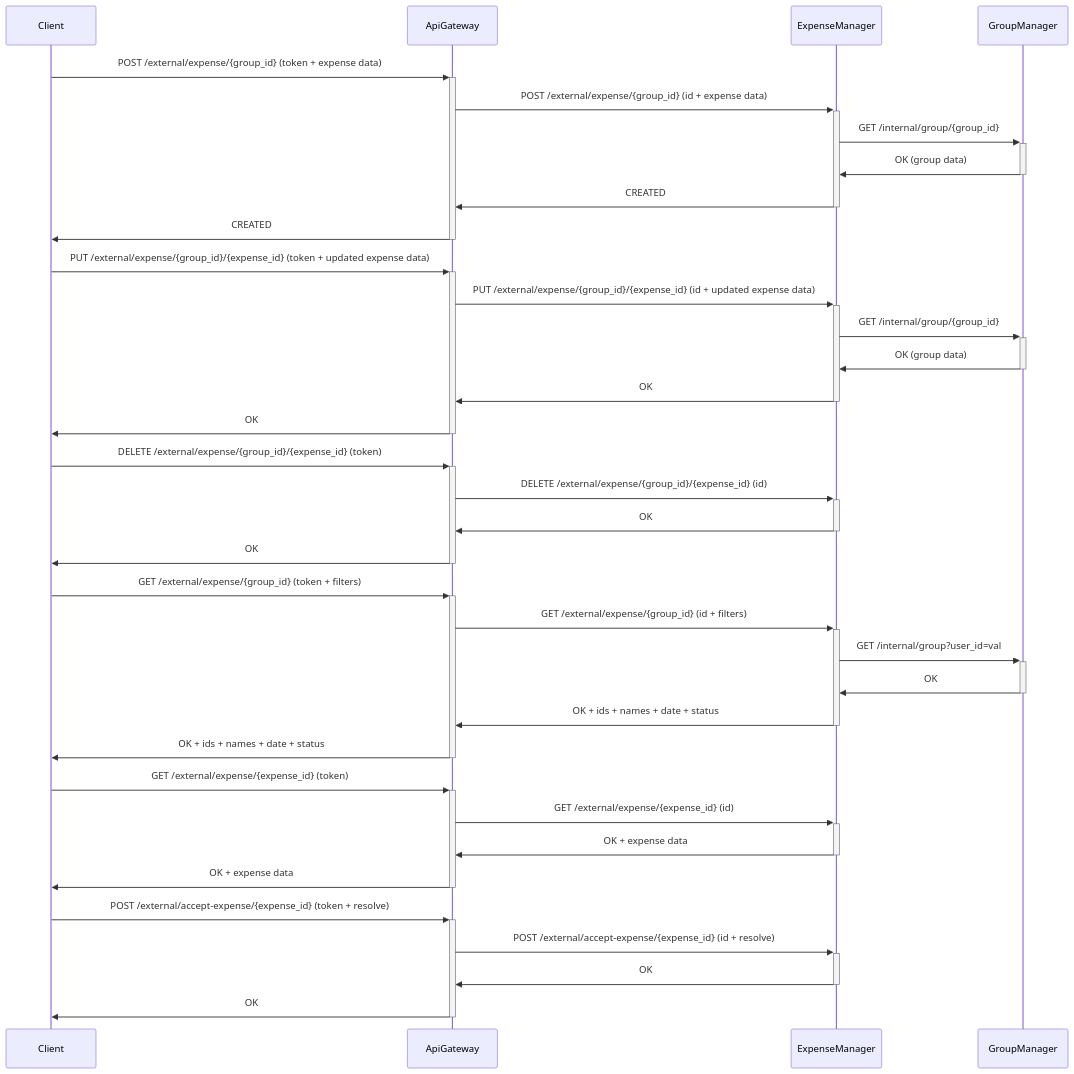
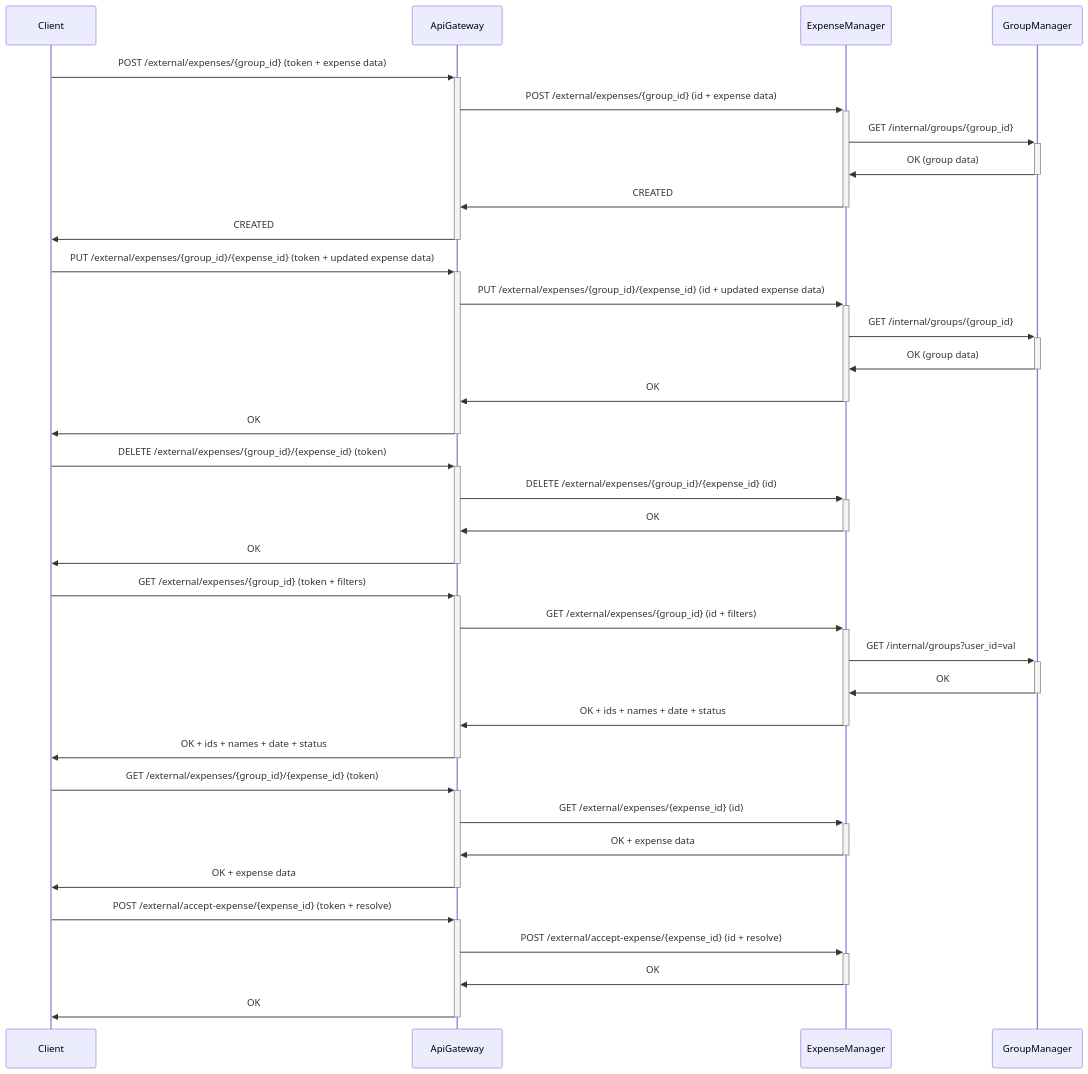
Before and after one commit to Group-Expense-Manager/gem-docs: the fifth of 10 diagrams in docs/diagrams.md, drawn with Mermaid. The commit also changed other lines of this file and 1 other file, not shown here.

Commit message:
added Expense Manager contract

````diff
--- a/docs/diagrams.md
+++ b/docs/diagrams.md
@@ -164,41 +164,41 @@
 ``` mermaid
 sequenceDiagram
 
-Client->>+ApiGateway: POST /external/expense/{group_id} (token + expense data)
-ApiGateway->>+ExpenseManager: POST /external/expense/{group_id} (id + expense data)
-ExpenseManager->>+GroupManager: GET /internal/group/{group_id}
+Client->>+ApiGateway: POST /external/expenses/{group_id} (token + expense data)
+ApiGateway->>+ExpenseManager: POST /external/expenses/{group_id} (id + expense data)
+ExpenseManager->>+GroupManager: GET /internal/groups/{group_id}
 GroupManager->>-ExpenseManager: OK (group data)
 ExpenseManager->>-ApiGateway: CREATED
 ApiGateway->>-Client: CREATED
 
 
-Client->>+ApiGateway: PUT /external/expense/{group_id}/{expense_id} (token + updated expense data)
-ApiGateway->>+ExpenseManager: PUT /external/expense/{group_id}/{expense_id} (id + updated expense data)
-ExpenseManager->>+GroupManager: GET /internal/group/{group_id}
+Client->>+ApiGateway: PUT /external/expenses/{group_id}/{expense_id} (token + updated expense data)
+ApiGateway->>+ExpenseManager: PUT /external/expenses/{group_id}/{expense_id} (id + updated expense data)
+ExpenseManager->>+GroupManager: GET /internal/groups/{group_id}
 GroupManager->>-ExpenseManager: OK (group data)
 ExpenseManager->>-ApiGateway: OK
 ApiGateway->>-Client: OK
 
-Client->>+ApiGateway: DELETE /external/expense/{group_id}/{expense_id} (token)
-ApiGateway->>+ExpenseManager: DELETE /external/expense/{group_id}/{expense_id} (id)
+Client->>+ApiGateway: DELETE /external/expenses/{group_id}/{expense_id} (token)
+ApiGateway->>+ExpenseManager: DELETE /external/expenses/{group_id}/{expense_id} (id)
 ExpenseManager->>-ApiGateway: OK
 ApiGateway->>-Client: OK
 
-Client->>+ApiGateway: GET /external/expense/{group_id} (token + filters)
-ApiGateway->>+ExpenseManager: GET /external/expense/{group_id} (id + filters)
-ExpenseManager->>+GroupManager: GET /internal/group?user_id=val
+Client->>+ApiGateway: GET /external/expenses/{group_id} (token + filters)
+ApiGateway->>+ExpenseManager: GET /external/expenses/{group_id} (id + filters)
+ExpenseManager->>+GroupManager: GET /internal/groups?user_id=val
 GroupManager->>-ExpenseManager: OK
 ExpenseManager->>-ApiGateway: OK + ids + names  + date + status
 ApiGateway->>-Client: OK + ids + names  + date + status
 
 
-Client->>+ApiGateway: GET /external/expense/{expense_id} (token)
-ApiGateway->>+ExpenseManager: GET /external/expense/{expense_id} (id)
+Client->>+ApiGateway: GET /external/expenses/{group_id}/{expense_id} (token)
+ApiGateway->>+ExpenseManager: GET /external/expenses/{expense_id} (id)
 ExpenseManager->>-ApiGateway: OK + expense data
 ApiGateway->>-Client: OK + expense data
 
 Client->>+ApiGateway: POST /external/accept-expense/{expense_id} (token + resolve)
 ApiGateway->>+ExpenseManager: POST /external/accept-expense/{expense_id} (id + resolve)
 ExpenseManager->>-ApiGateway: OK
 ApiGateway->>-Client: OK
 ```
````
